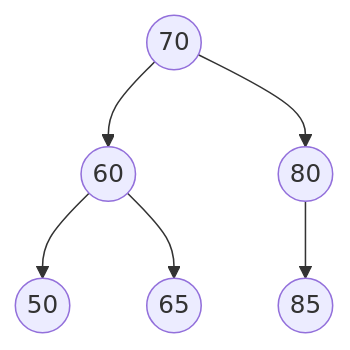
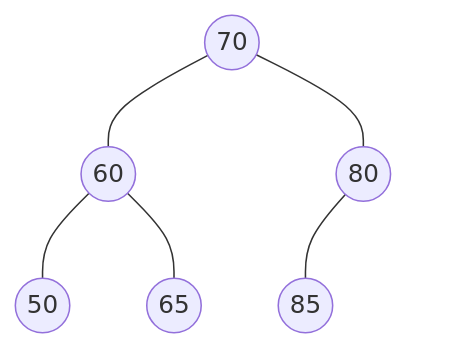
Before and after one commit to ianchen0419/cpp-leetcode: the first of 7 diagrams in Binary Search Tree.md, drawn with Mermaid. The commit also changed other lines of this file, not shown here.

````diff
--- a/Binary Search Tree.md
+++ b/Binary Search Tree.md
@@ -3,8 +3,12 @@
 ```mermaid
 flowchart TB
-    r((70))-->a1
-    a1((60))-->a2((50))
-    a1-->a3((65))
-    r-->b1
-    b1((80))-->b2((85))
+    r((70))---a1
+    a1((60))---a2((50))
+    a1---a3((65))
+    r---b1
+    b1((80))---b2((85))
+    b1---b3(( )):::clear
+    
+    linkStyle 5 opacity:0
+    classDef clear opacity:0
 ```
````
